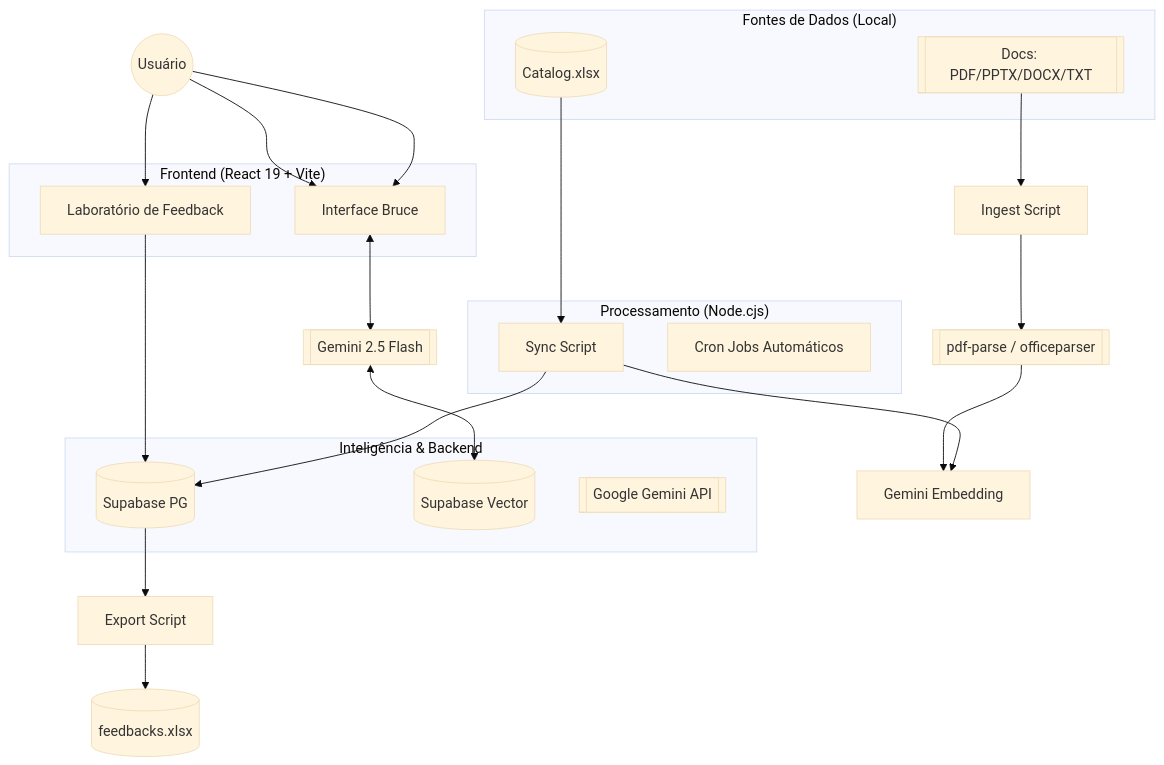
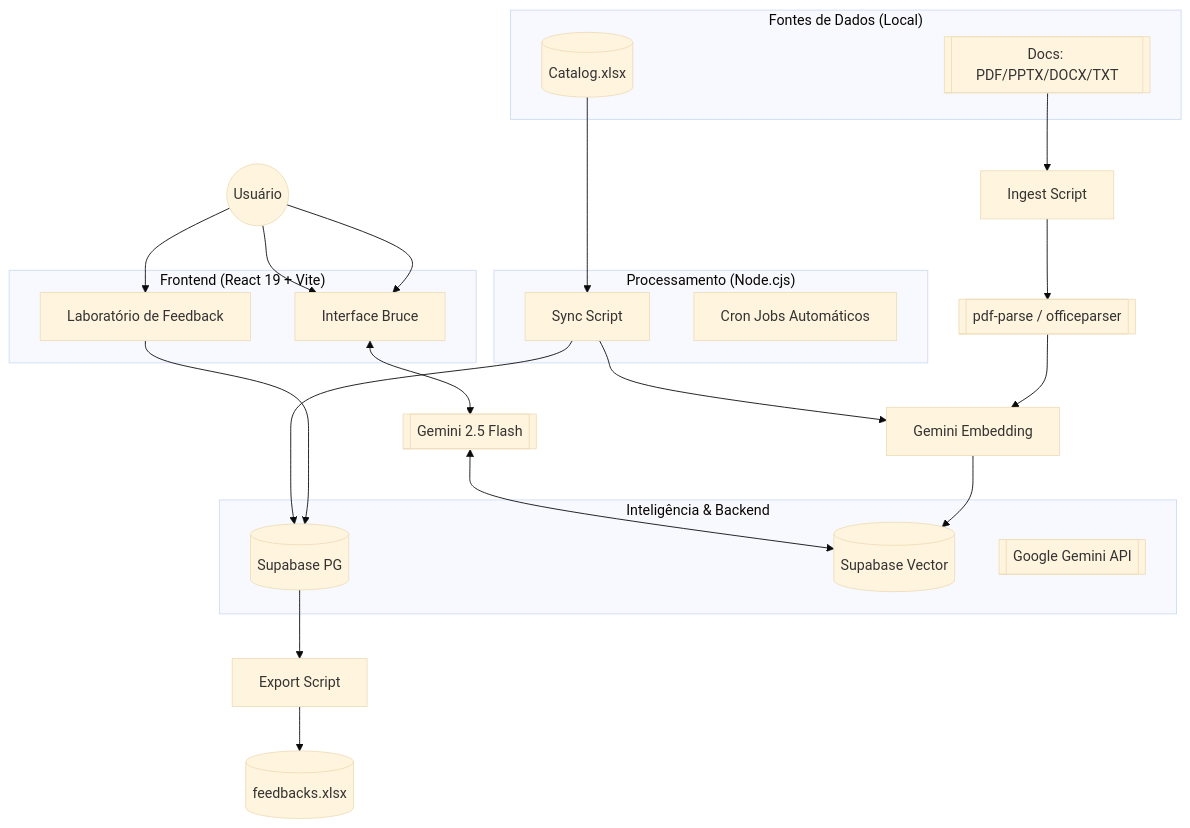
The first of 2 diagrams in ARCHITECTURE.md (arthurmaranhaoo/trillia-platform), drawn with Mermaid (base theme) before and after one commit.

Commit message:
docs: Fix missing data flow links in Architecture diagram

````diff
--- a/ARCHITECTURE.md
+++ b/ARCHITECTURE.md
@@ -8,42 +8,43 @@
 ```mermaid
 graph TD
     User((Usuário))
     
     subgraph "Frontend (React 19 + Vite)"
         UI[Interface Bruce Assistente]
         Form[Laboratório de Feedback]
     end
     
     subgraph "Fontes de Dados (Local)"
         Excel[(Catalog.xlsx)]
         DocsDir[[Docs: PDF/PPTX/DOCX/TXT]]
     end
     
     subgraph "Processamento (Node.cjs)"
         Sync[Scripts de Sincronização]
         Cron[Cron Jobs Automáticos]
     end
     
     subgraph "Inteligência & Backend"
         Supa[(Supabase PG)]
         SupaVec[(Supabase Vector)]
         Gemini[[Google Gemini API]]
     end
 
     User --> UI
     User --> Form
     Form --> Supa
     Supa --> Export[Export Script]
     Export --> ExcelFeed[(feedbacks.xlsx)]
     
     Excel[(Catalog.xlsx)] --> Sync[Sync Script]
     DocsDir --> Ingest[Ingest Script]
     Ingest --> Parsers[[pdf-parse / officeparser]]
     Parsers --> GeminiEmb[Gemini Embedding]
     Sync --> GeminiEmb
+    GeminiEmb --> SupaVec
     Sync --> Supa
     
     User --> UI[Interface Bruce]
     UI <--> GeminiFlash[[Gemini 2.5 Flash]]
     GeminiFlash <--> SupaVec
 ```
````
